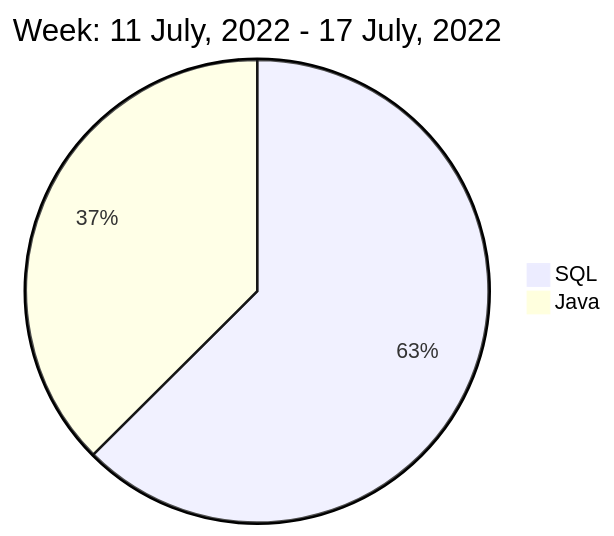
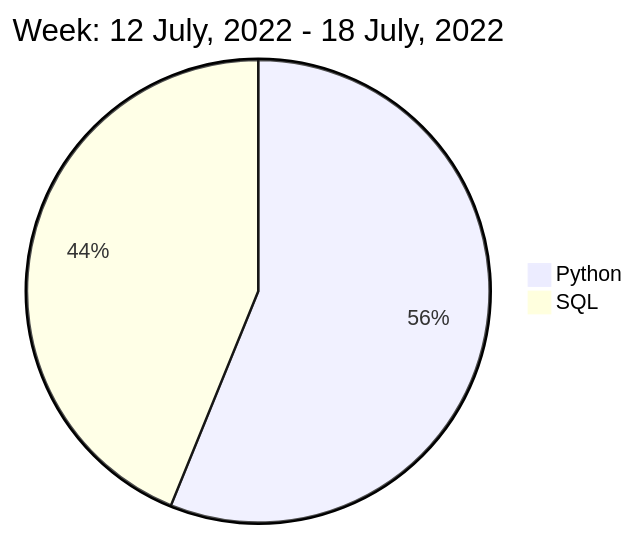
The diagram in README.md (liubin95/liubin95), drawn with Mermaid before and after one commit.

Commit message:
Updated the Graph with new Metrics

````diff
--- a/README.md
+++ b/README.md
@@ -40,6 +40,6 @@
 ```mermaid
  pie
-title Week: 11 July, 2022 - 17 July, 2022
- "SQL" : 2.72
- "Java" : 1.63
+title Week: 12 July, 2022 - 18 July, 2022
+ "Python" : 2.37
+ "SQL" : 1.85
 ```
````
